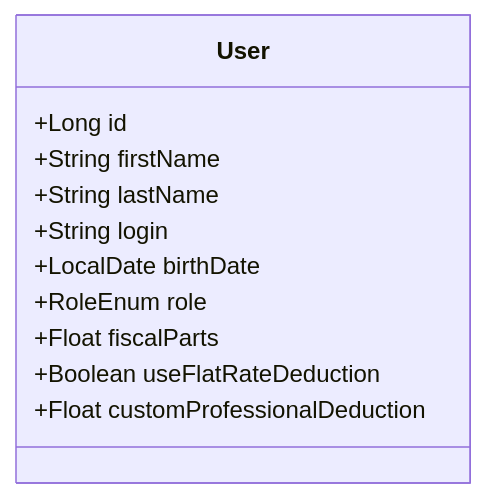
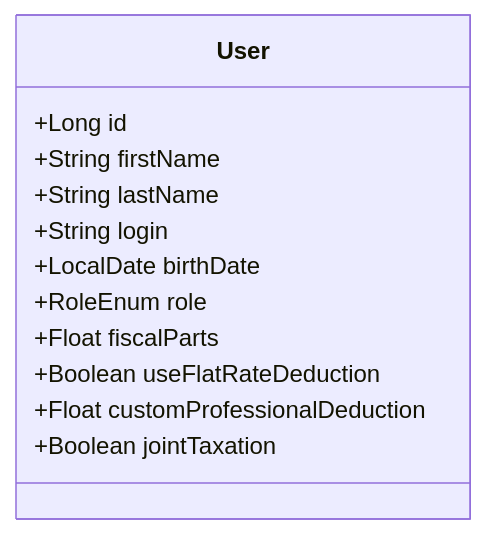
Before and after one commit to Neogost/MyFinance: the first of 3 diagrams in docs/architecture/tax-simulator.md, drawn with Mermaid. The commit also changed other lines of this file and 15 other files, not shown here.

````diff
--- a/docs/architecture/tax-simulator.md
+++ b/docs/architecture/tax-simulator.md
@@ -236,14 +309,15 @@
 ```mermaid
 classDiagram
     class User {
         +Long id
         +String firstName
         +String lastName
         +String login
         +LocalDate birthDate
         +RoleEnum role
         +Float fiscalParts
         +Boolean useFlatRateDeduction
         +Float customProfessionalDeduction
+        +Boolean jointTaxation
     }
 ```
````
